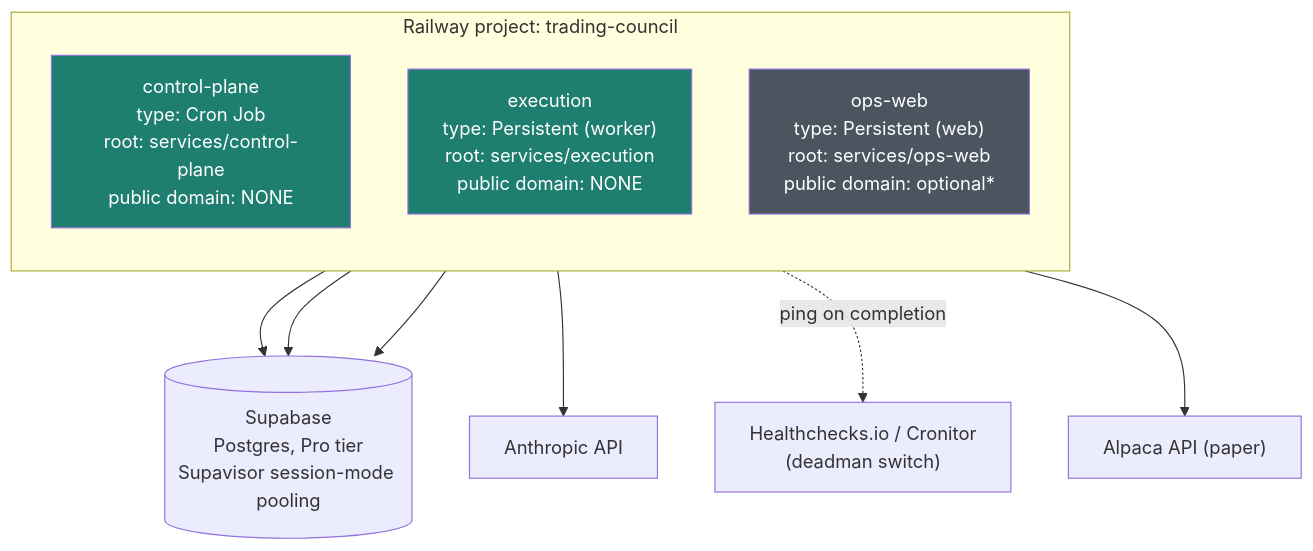
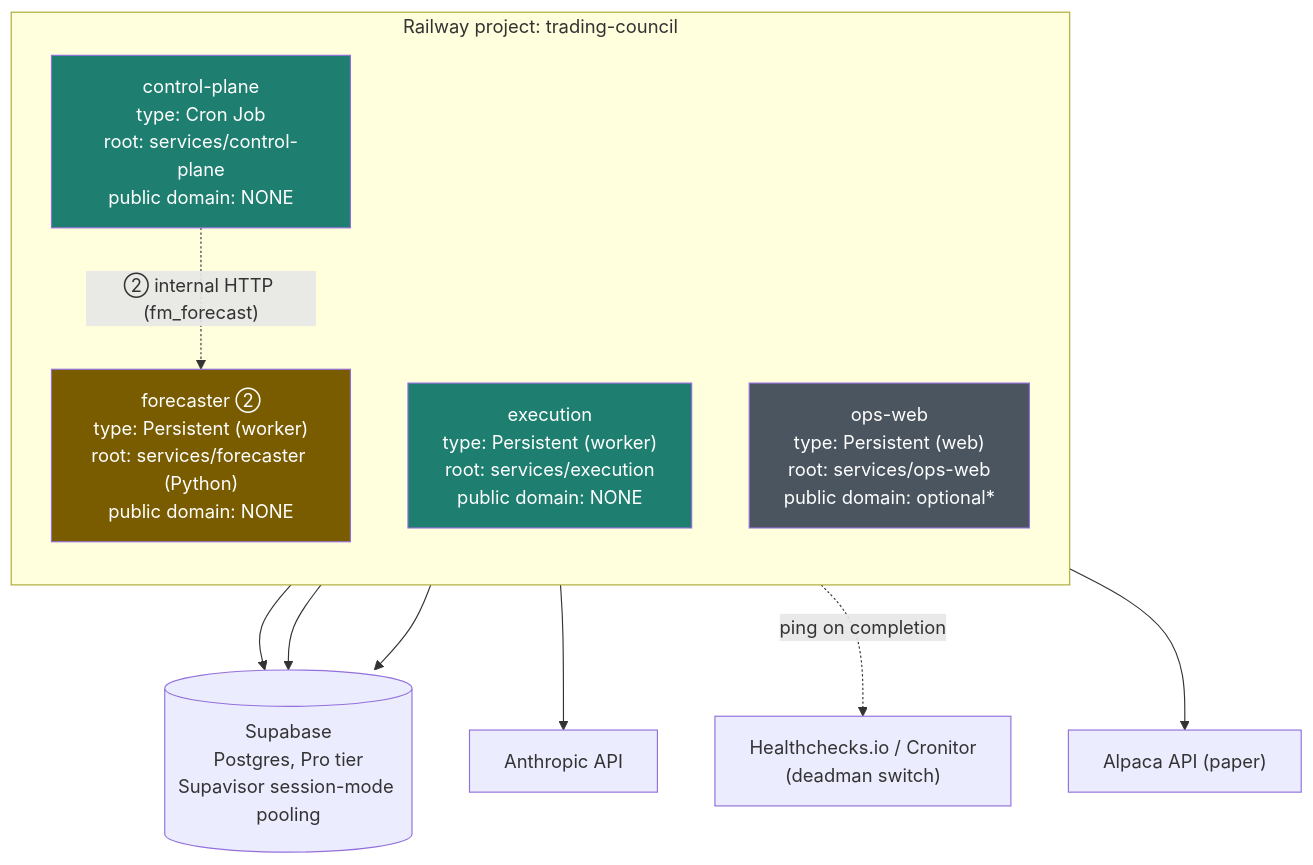
One commit to sandeep-velichety/option-pulse changed the diagram in docs/DEPLOYMENT.md. Above: the diagram before and after it, drawn with Mermaid. The commit also changed other lines of this file and 16 other files, not shown here.

````diff
--- a/docs/DEPLOYMENT.md
+++ b/docs/DEPLOYMENT.md
@@ -20,25 +20,28 @@
 ```mermaid
 graph TB
     subgraph RW["Railway project: trading-council"]
         direction TB
         CP["control-plane<br/>type: Cron Job<br/>root: services/control-plane<br/>public domain: NONE"]
         EXE["execution<br/>type: Persistent (worker)<br/>root: services/execution<br/>public domain: NONE"]
         OPS["ops-web<br/>type: Persistent (web)<br/>root: services/ops-web<br/>public domain: optional*"]
+        FC["forecaster ②<br/>type: Persistent (worker)<br/>root: services/forecaster (Python)<br/>public domain: NONE"]
     end
 
     Supabase[("Supabase<br/>Postgres, Pro tier<br/>Supavisor session-mode pooling")]
     Anthropic["Anthropic API"]
     Alpaca["Alpaca API (paper)"]
     Monitor["Healthchecks.io / Cronitor<br/>(deadman switch)"]
 
     CP --> Supabase
     CP --> Anthropic
     CP -. "ping on completion" .-> Monitor
+    CP -. "② internal HTTP (fm_forecast)" .-> FC
     EXE --> Supabase
     EXE --> Alpaca
     OPS --> Supabase
 
     style CP fill:#1e7f70,color:#fff
     style EXE fill:#1e7f70,color:#fff
     style OPS fill:#4a5560,color:#fff
+    style FC fill:#7a5c00,color:#fff
 ```
````
